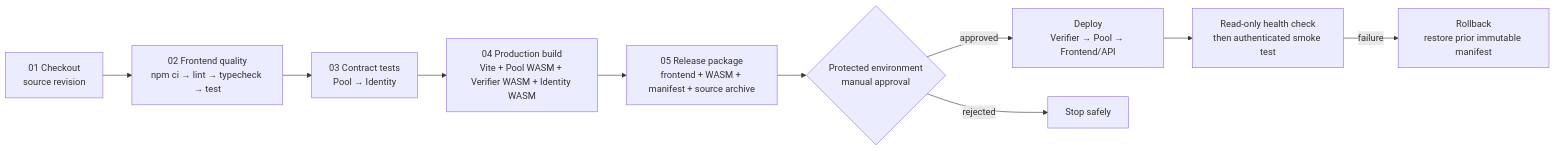
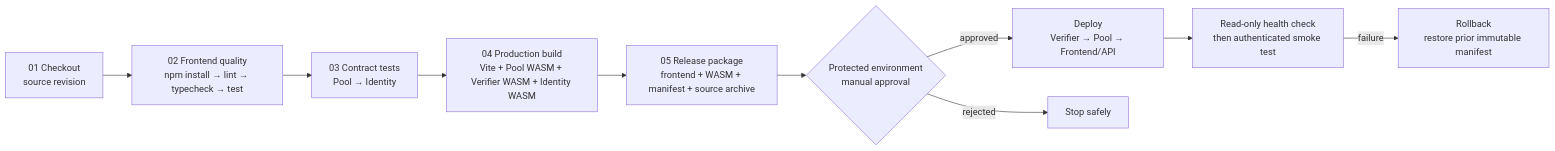
One commit to mallickarpan2006/MedKit changed the diagram in docs/CI-CD.md. Above: the diagram before and after it, drawn with Mermaid. The commit also changed other lines of this file and 2 other files, not shown here.

Commit message:
ci: use portable frontend dependency install

````diff
--- a/docs/CI-CD.md
+++ b/docs/CI-CD.md
@@ -7,12 +7,12 @@
 ```mermaid
 flowchart LR
-    A[01 Checkout<br/>source revision] --> B[02 Frontend quality<br/>npm ci → lint → typecheck → test]
+    A[01 Checkout<br/>source revision] --> B[02 Frontend quality<br/>npm install → lint → typecheck → test]
     B --> C[03 Contract tests<br/>Pool → Identity]
     C --> D[04 Production build<br/>Vite + Pool WASM + Verifier WASM + Identity WASM]
     D --> E[05 Release package<br/>frontend + WASM + manifest + source archive]
     E --> F{Protected environment<br/>manual approval}
     F -->|approved| G[Deploy<br/>Verifier → Pool → Frontend/API]
     F -->|rejected| H[Stop safely]
     G --> I[Read-only health check\nthen authenticated smoke test]
     I -->|failure| J[Rollback\nrestore prior immutable manifest]
 ```
````
